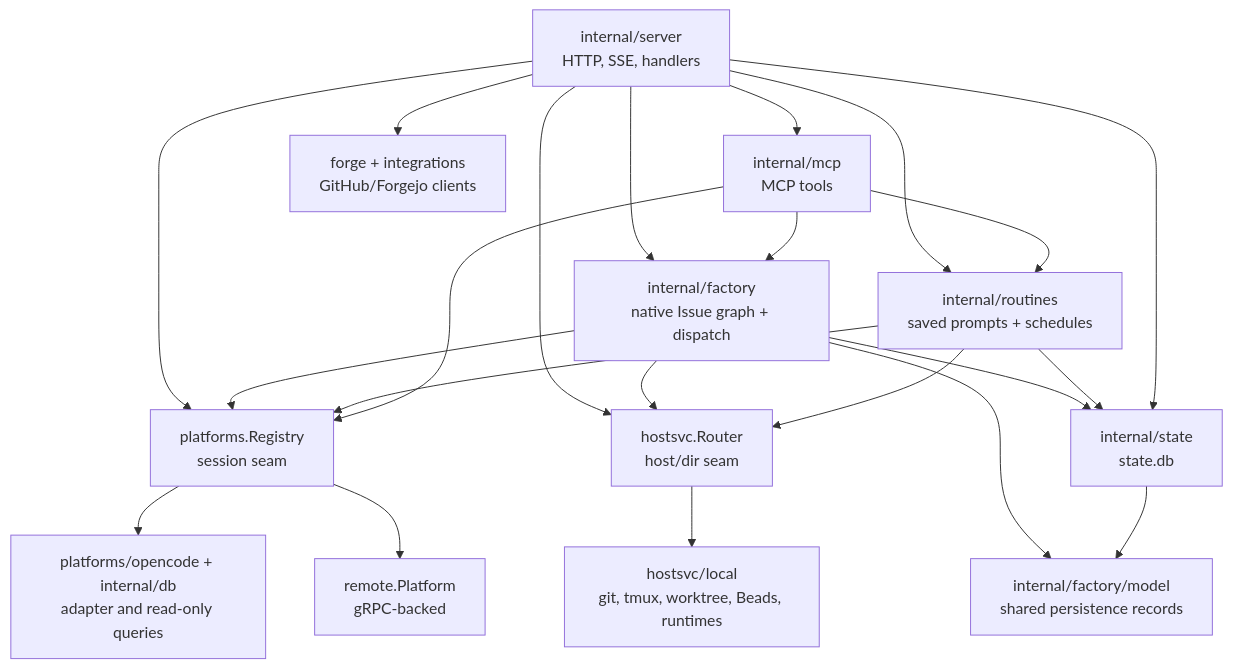
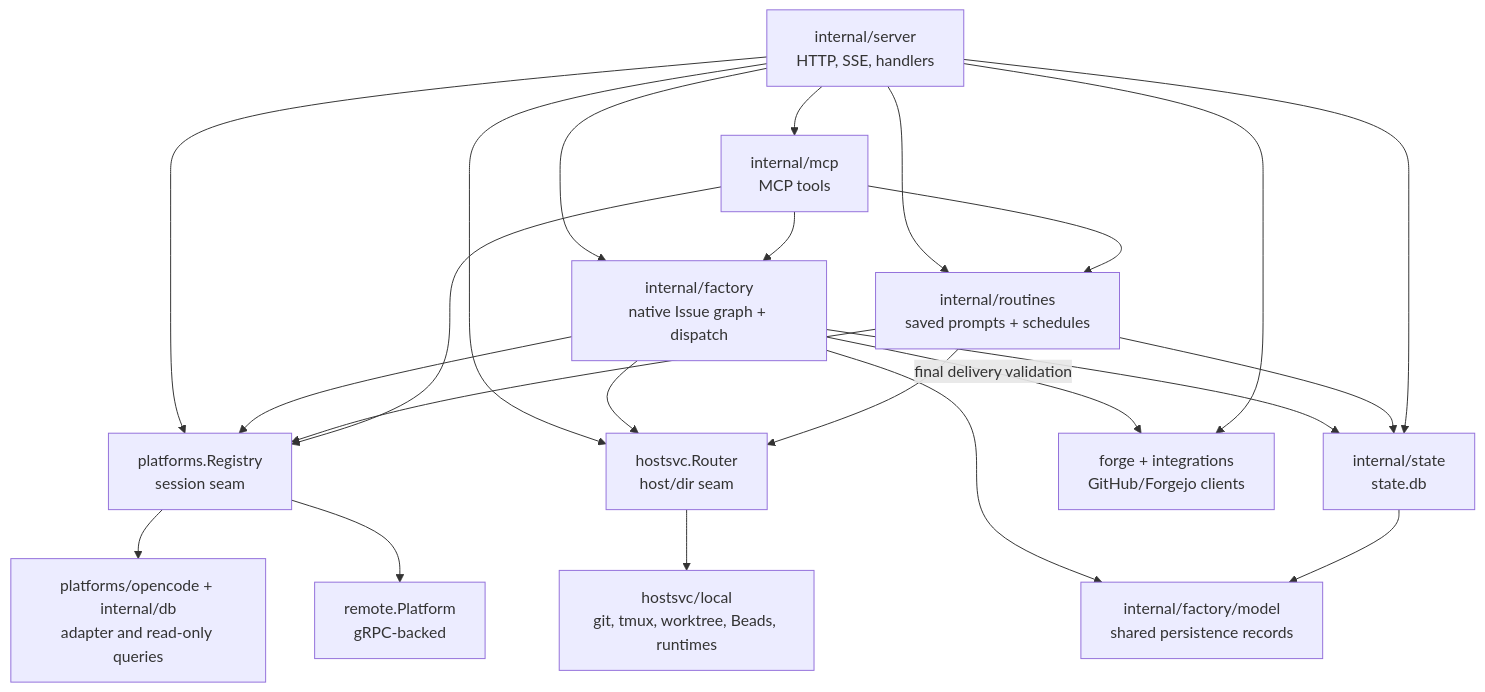
One commit to ocman/ocman changed the third of 5 diagrams in docs/other/architecture.md. Above: the diagram before and after it, drawn with Mermaid. The commit also changed other lines of this file and 22 other files, not shown here.

````diff
--- a/docs/other/architecture.md
+++ b/docs/other/architecture.md
@@ -77,24 +77,25 @@
 ```mermaid
 flowchart TD
     Server[internal/server<br/>HTTP, SSE, handlers] --> Registry[platforms.Registry<br/>session seam]
     Server --> Router[hostsvc.Router<br/>host/dir seam]
     Server --> Routines[internal/routines<br/>saved prompts + schedules]
     Server --> Factory[internal/factory<br/>native Issue graph + dispatch]
     Factory --> FactoryModel[internal/factory/model<br/>shared persistence records]
     Factory --> State
     State --> FactoryModel
     Factory --> Registry
     Factory --> Router
+    Factory -->|final delivery validation| Forge
     Routines --> Registry
     Routines --> Router
     Routines --> State
     Server --> MCP[internal/mcp<br/>MCP tools]
     MCP --> Factory
     MCP --> Routines
     MCP --> Registry
     Registry --> OC[platforms/opencode + internal/db<br/>adapter and read-only queries]
     Registry --> RP[remote.Platform<br/>gRPC-backed]
     Router --> Local[hostsvc/local<br/>git, tmux, worktree, Beads, runtimes]
     Server --> State[internal/state<br/>state.db]
     Server --> Forge[forge + integrations<br/>GitHub/Forgejo clients]
 ```
````
